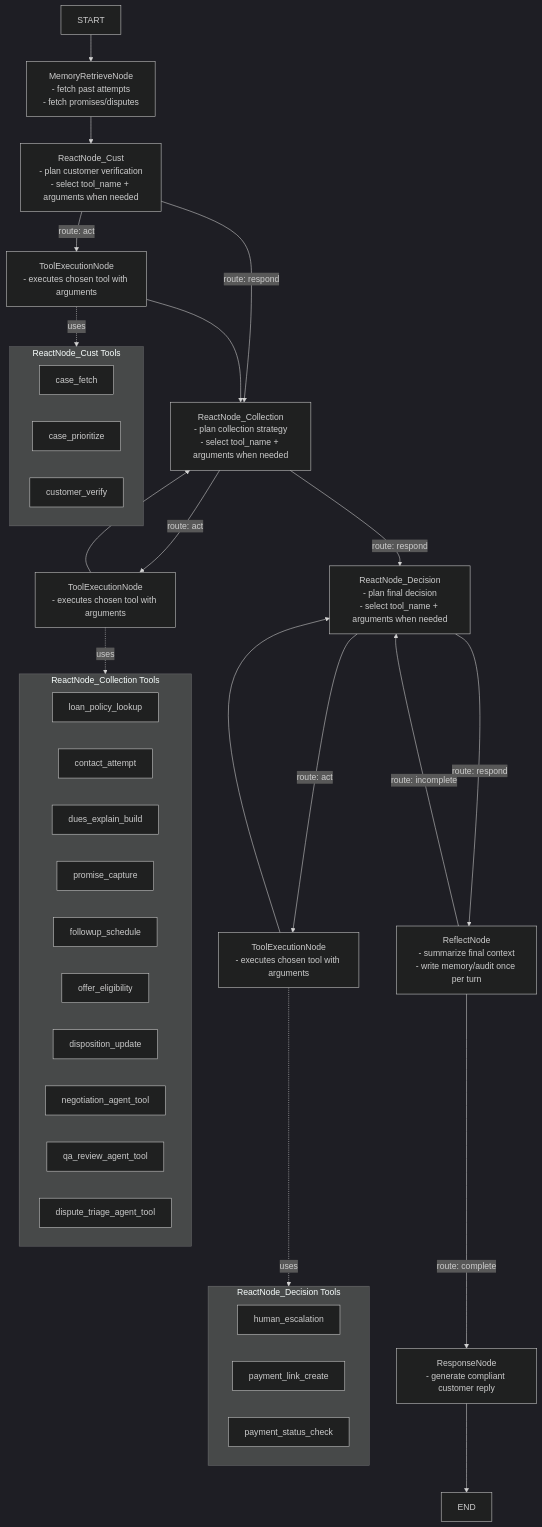
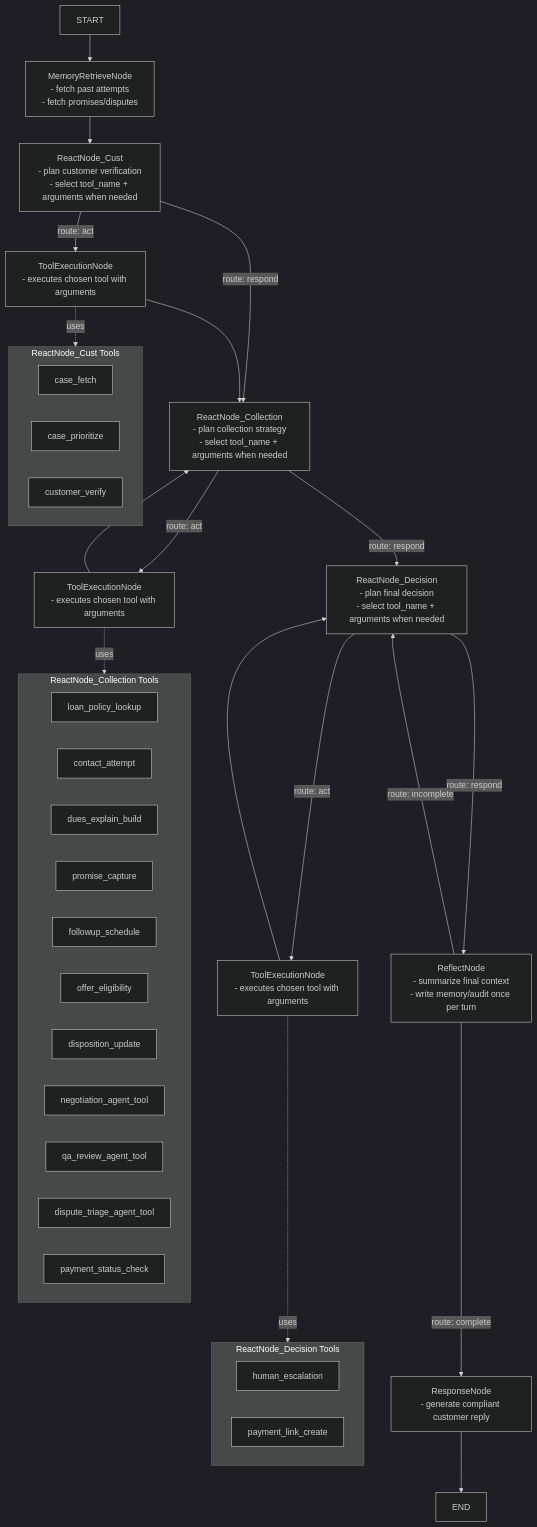
Before and after one commit to Akshay-Udnur/SaleskenProblem: the diagram in test.md, drawn with Mermaid (dark theme). The commit also changed other lines of this file, not shown here.

````diff
--- a/test.md
+++ b/test.md
@@ -1,51 +1,51 @@
 ```mermaid
 flowchart TD
   Start["START"] --> MR["MemoryRetrieveNode\n- fetch past attempts\n- fetch promises/disputes"]
   MR --> RN1["ReactNode_Cust\n- plan customer verification\n- select tool_name + arguments when needed"]
   RN1 -->|route: act| TE1["ToolExecutionNode\n- executes chosen tool with arguments"]
   RN1 -->|route: respond| RN2
   TE1 --> RN2
   
   RN2["ReactNode_Collection\n- plan collection strategy\n- select tool_name + arguments when needed"]
   RN2 -->|route: act| TE2["ToolExecutionNode\n- executes chosen tool with arguments"]
   RN2 -->|route: respond| RN3
   TE2 --> RN2
   
   RN3["ReactNode_Decision\n- plan final decision\n- select tool_name + arguments when needed"]
   RN3 -->|route: act| TE3["ToolExecutionNode\n- executes chosen tool with arguments"]
   RN3 -->|route: respond| RF["ReflectNode\n- summarize final context\n- write memory/audit once per turn"]
   TE3 --> RN3
   
   RF -->|route: incomplete| RN3
   RF -->|route: complete| RS["ResponseNode\n- generate compliant customer reply"]
   RS --> End["END"]
 
   subgraph CUST["ReactNode_Cust Tools"]
     T1["case_fetch"]
     T2["case_prioritize"]
     T4["customer_verify"]
   end
 
   subgraph COLLECTION["ReactNode_Collection Tools"]
     T5["loan_policy_lookup"]
     T3["contact_attempt"]
     T6["dues_explain_build"]
     T10["promise_capture"]
     T11["followup_schedule"]
     T7["offer_eligibility"]
     T12["disposition_update"]
     T14["negotiation_agent_tool"]
     T15["qa_review_agent_tool"]
     T16["dispute_triage_agent_tool"]
+    T9["payment_status_check"]
   end
 
   subgraph DECISION["ReactNode_Decision Tools"]
     T13["human_escalation"]
     T8["payment_link_create"]
-    T9["payment_status_check"]
   end
 
   TE1 -.uses.-> CUST
   TE2 -.uses.-> COLLECTION
   TE3 -.uses.-> DECISION
 ```
````
